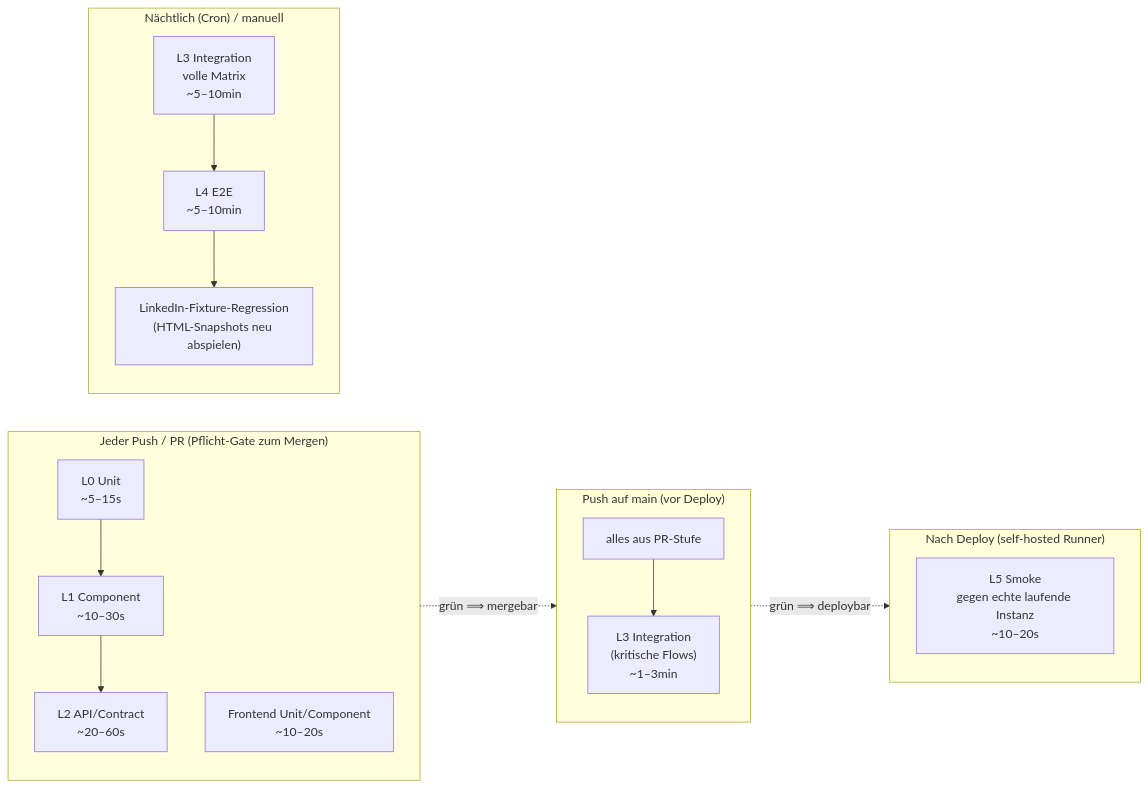
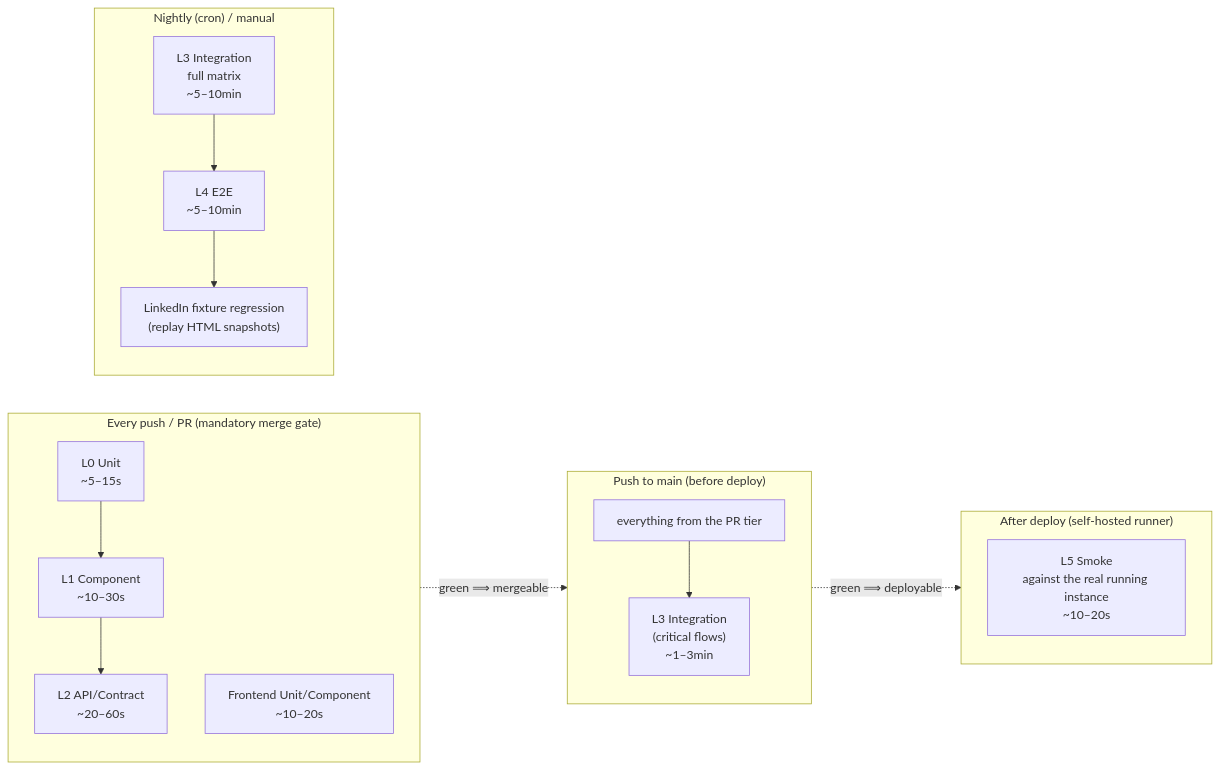
One commit to EGulinsky/rapport changed the second of 2 diagrams in docs/TEST_KONZEPT.md. Above: the diagram before and after it, drawn with Mermaid. The commit also changed other lines of this file and 6 other files, not shown here.

````diff
--- a/docs/TEST_KONZEPT.md
+++ b/docs/TEST_KONZEPT.md
@@ -167,27 +167,27 @@
 ```mermaid
 flowchart LR
-    subgraph PR["Jeder Push / PR (Pflicht-Gate zum Mergen)"]
+    subgraph PR["Every push / PR (mandatory merge gate)"]
         direction TB
         U["L0 Unit<br/>~5–15s"] --> C["L1 Component<br/>~10–30s"]
         C --> A["L2 API/Contract<br/>~20–60s"]
         FU["Frontend Unit/Component<br/>~10–20s"]
     end
 
-    subgraph Main["Push auf main (vor Deploy)"]
+    subgraph Main["Push to main (before deploy)"]
         direction TB
-        PR2["alles aus PR-Stufe"] --> I["L3 Integration<br/>(kritische Flows)<br/>~1–3min"]
+        PR2["everything from the PR tier"] --> I["L3 Integration<br/>(critical flows)<br/>~1–3min"]
     end
 
-    subgraph Nightly["Nächtlich (Cron) / manuell"]
+    subgraph Nightly["Nightly (cron) / manual"]
         direction TB
-        FullI["L3 Integration<br/>volle Matrix<br/>~5–10min"] --> E2E["L4 E2E<br/>~5–10min"]
-        E2E --> LI["LinkedIn-Fixture-Regression<br/>(HTML-Snapshots neu abspielen)"]
+        FullI["L3 Integration<br/>full matrix<br/>~5–10min"] --> E2E["L4 E2E<br/>~5–10min"]
+        E2E --> LI["LinkedIn fixture regression<br/>(replay HTML snapshots)"]
     end
 
-    subgraph Deploy["Nach Deploy (self-hosted Runner)"]
-        S["L5 Smoke<br/>gegen echte laufende Instanz<br/>~10–20s"]
+    subgraph Deploy["After deploy (self-hosted runner)"]
+        S["L5 Smoke<br/>against the real running instance<br/>~10–20s"]
     end
 
-    PR -.->|"grün ⟹ mergebar"| Main
-    Main -.->|"grün ⟹ deploybar"| Deploy
+    PR -.->|"green ⟹ mergeable"| Main
+    Main -.->|"green ⟹ deployable"| Deploy
 ```
````
